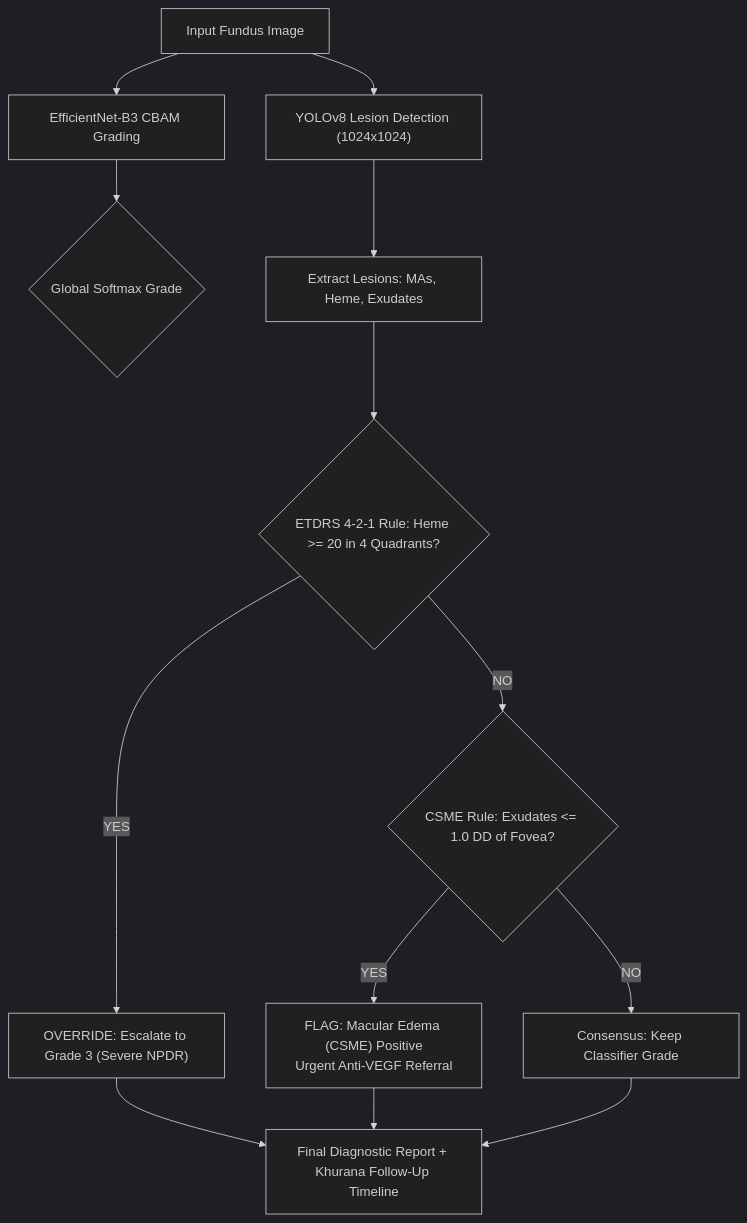
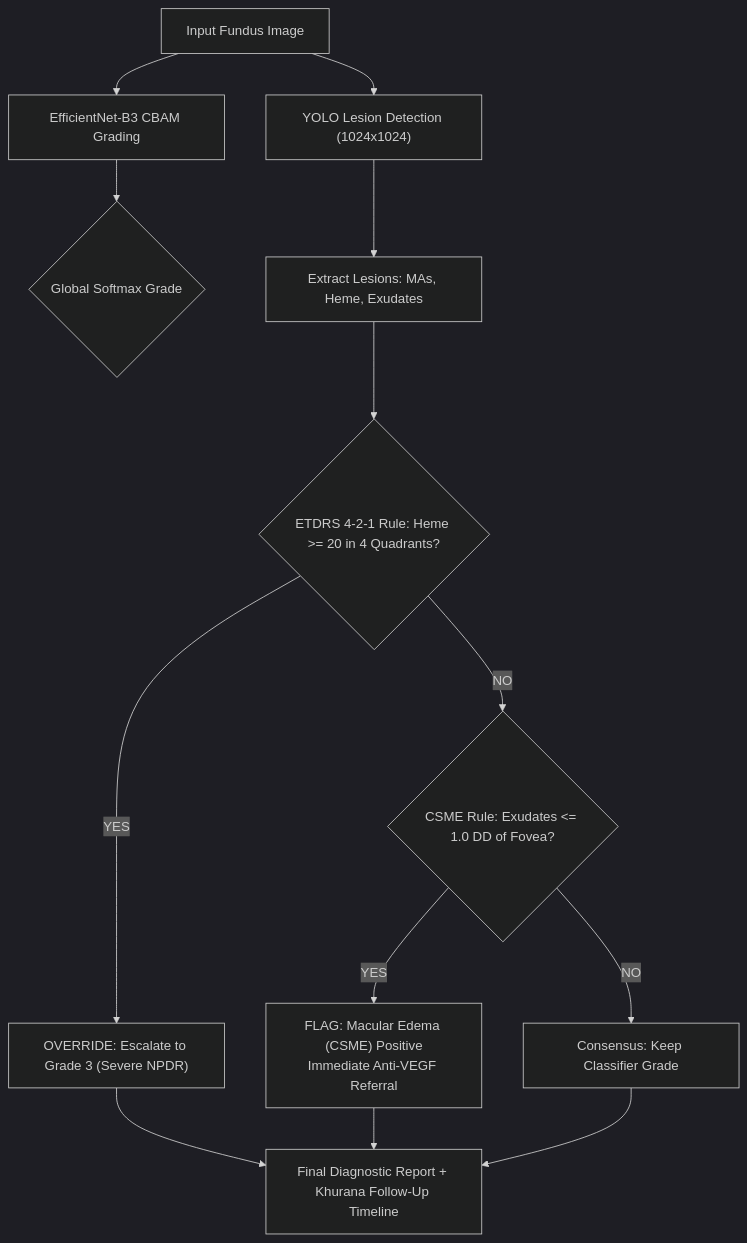
The diagram in BEFORE_VS_AFTER.md (Aaryan7117/retino), drawn with Mermaid (dark theme) before and after one commit. The commit also changed other lines of this file, not shown here.

Commit message:
docs: correct Before vs After to properly credit Thoufikur's multi-language work and unify B3+YOLO architecture narrative

````diff
--- a/BEFORE_VS_AFTER.md
+++ b/BEFORE_VS_AFTER.md
@@ -101,19 +105,19 @@
 ```mermaid
 graph TD
     A["Input Fundus Image"] --> B["EfficientNet-B3 CBAM Grading"]
-    A --> C["YOLOv8 Lesion Detection (1024x1024)"]
+    A --> C["YOLO Lesion Detection (1024x1024)"]
     
     B --> D{"Global Softmax Grade"}
     C --> E["Extract Lesions: MAs, Heme, Exudates"]
     
     E --> F{"ETDRS 4-2-1 Rule: Heme >= 20 in 4 Quadrants?"}
     F -- "YES" --> G["OVERRIDE: Escalate to Grade 3 (Severe NPDR)"]
     F -- "NO" --> H{"CSME Rule: Exudates <= 1.0 DD of Fovea?"}
     
-    H -- "YES" --> I["FLAG: Macular Edema (CSME) Positive<br/>Urgent Anti-VEGF Referral"]
+    H -- "YES" --> I["FLAG: Macular Edema (CSME) Positive<br/>Immediate Anti-VEGF Referral"]
     H -- "NO" --> J["Consensus: Keep Classifier Grade"]
     
     G --> K["Final Diagnostic Report + Khurana Follow-Up Timeline"]
     I --> K
     J --> K
 ```
````
